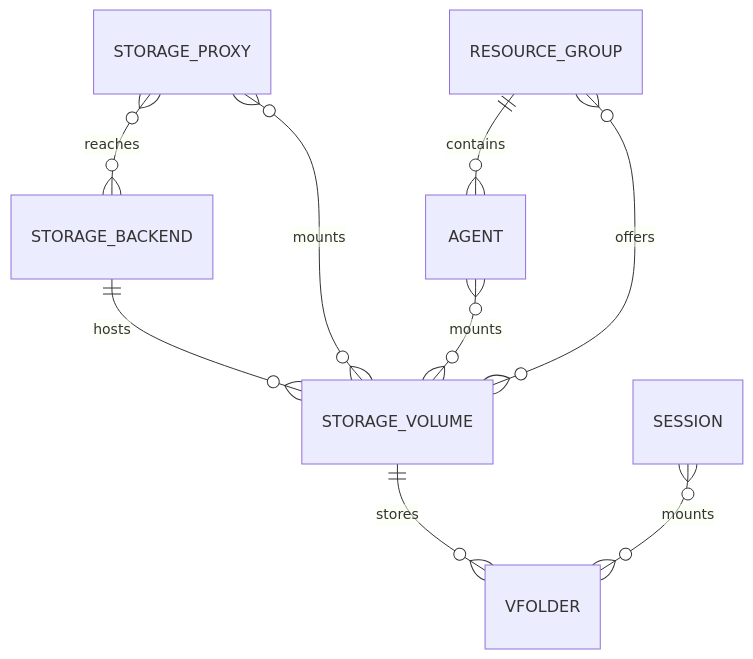
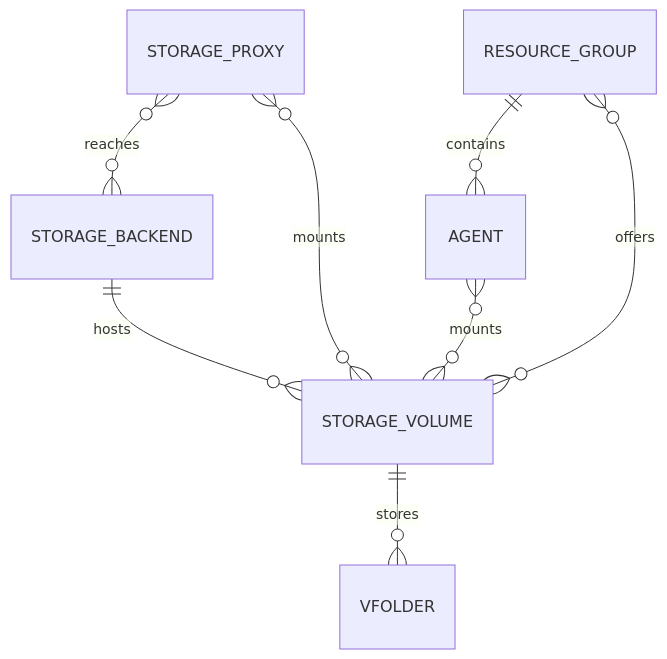
The diagram in proposals/BEP-1078-storage-proxy-enhancement.md (lablup/backend.ai), drawn with Mermaid before and after one commit. The commit also changed other lines of this file, not shown here.

````diff
--- a/proposals/BEP-1078-storage-proxy-enhancement.md
+++ b/proposals/BEP-1078-storage-proxy-enhancement.md
@@ -65,11 +61,10 @@
 ```mermaid
 erDiagram
     STORAGE_BACKEND ||--o{ STORAGE_VOLUME : hosts
     STORAGE_PROXY }o--o{ STORAGE_BACKEND : reaches
     STORAGE_PROXY }o--o{ STORAGE_VOLUME : mounts
     AGENT }o--o{ STORAGE_VOLUME : mounts
     RESOURCE_GROUP ||--o{ AGENT : contains
     RESOURCE_GROUP }o--o{ STORAGE_VOLUME : offers
     STORAGE_VOLUME ||--o{ VFOLDER : stores
-    SESSION }o--o{ VFOLDER : mounts
 ```
````
